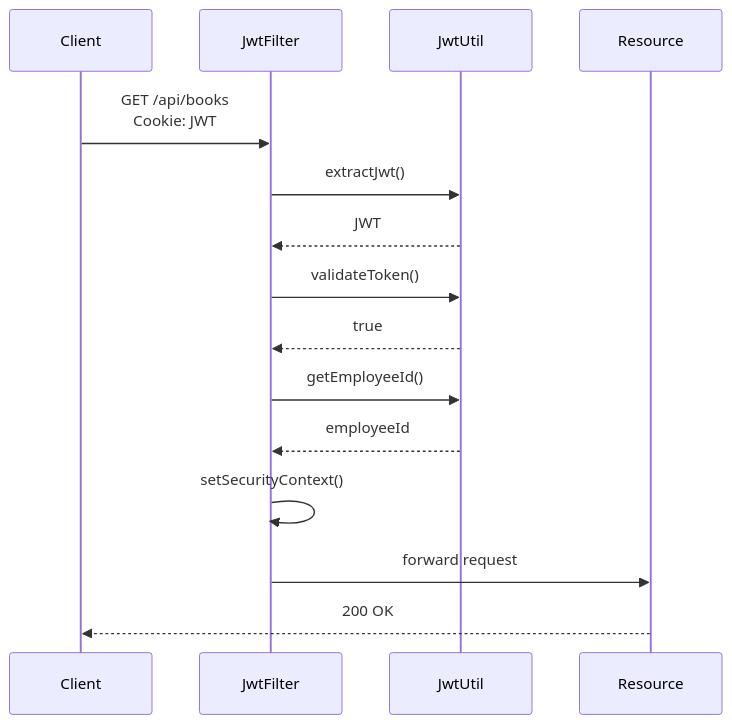
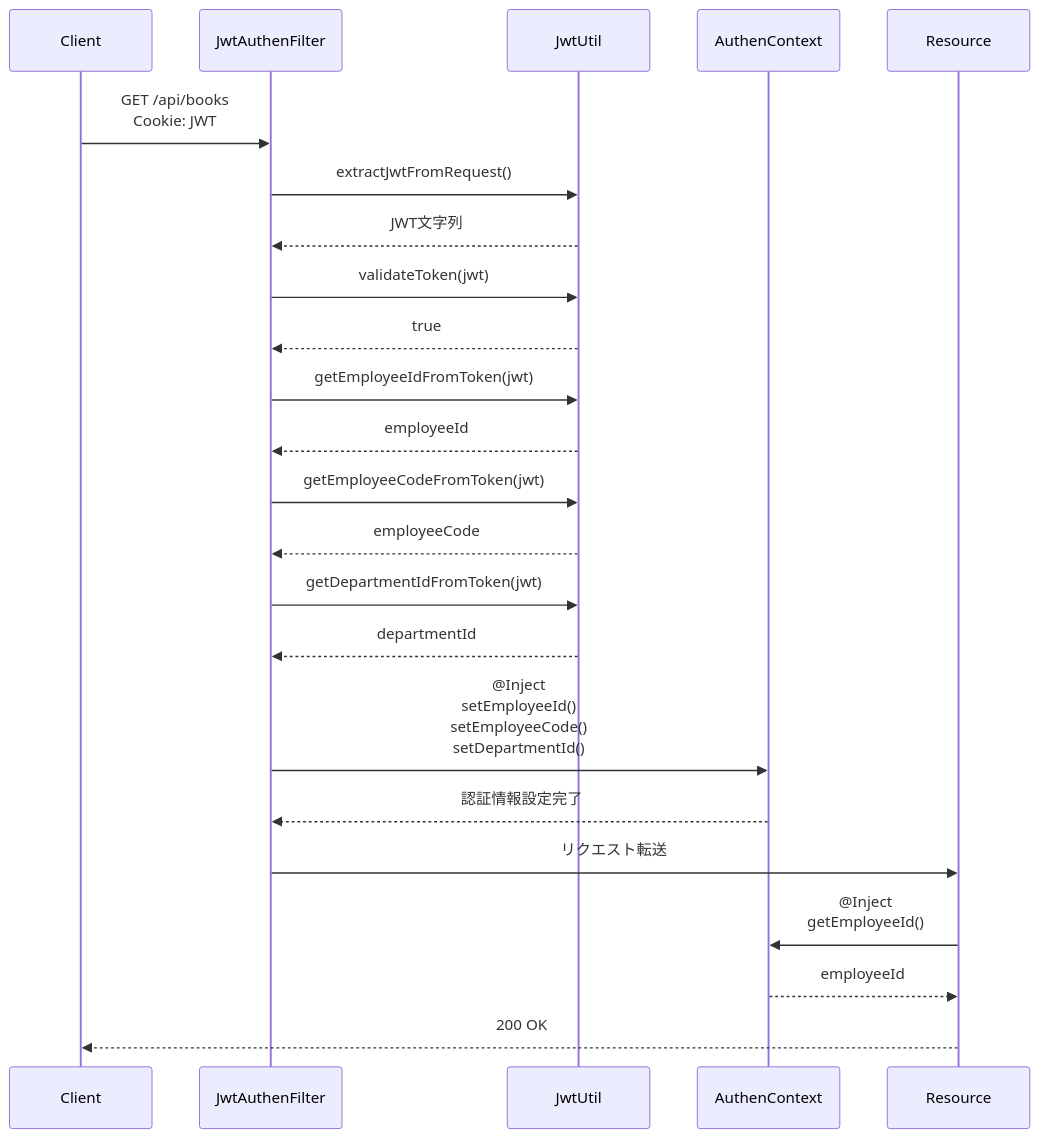
Diagram 11 of 12 in projects/sdd/bookstore/back-office-api-sdd/specs/baseline/api/API_001_auth/functional_design.md (KenyaSaitoh/ai_driven_dev_202601), drawn with Mermaid before and after one commit. The commit also changed other lines of this file and 52 other files, not shown here.

````diff
--- a/projects/sdd/bookstore/back-office-api-sdd/specs/baseline/api/API_001_auth/functional_design.md
+++ b/projects/sdd/bookstore/back-office-api-sdd/specs/baseline/api/API_001_auth/functional_design.md
@@ -627,18 +565,26 @@
 ```mermaid
 sequenceDiagram
     participant Client
-    participant JwtFilter
+    participant JwtAuthenFilter
     participant JwtUtil
+    participant AuthenContext
     participant Resource
 
-    Client->>JwtFilter: GET /api/books<br/>Cookie: JWT
-    JwtFilter->>JwtUtil: extractJwt()
-    JwtUtil-->>JwtFilter: JWT
-    JwtFilter->>JwtUtil: validateToken()
-    JwtUtil-->>JwtFilter: true
-    JwtFilter->>JwtUtil: getEmployeeId()
-    JwtUtil-->>JwtFilter: employeeId
-    JwtFilter->>JwtFilter: setSecurityContext()
-    JwtFilter->>Resource: forward request
+    Client->>JwtAuthenFilter: GET /api/books<br/>Cookie: JWT
+    JwtAuthenFilter->>JwtUtil: extractJwtFromRequest()
+    JwtUtil-->>JwtAuthenFilter: JWT文字列
+    JwtAuthenFilter->>JwtUtil: validateToken(jwt)
+    JwtUtil-->>JwtAuthenFilter: true
+    JwtAuthenFilter->>JwtUtil: getEmployeeIdFromToken(jwt)
+    JwtUtil-->>JwtAuthenFilter: employeeId
+    JwtAuthenFilter->>JwtUtil: getEmployeeCodeFromToken(jwt)
+    JwtUtil-->>JwtAuthenFilter: employeeCode
+    JwtAuthenFilter->>JwtUtil: getDepartmentIdFromToken(jwt)
+    JwtUtil-->>JwtAuthenFilter: departmentId
+    JwtAuthenFilter->>AuthenContext: @Inject<br/>setEmployeeId()<br/>setEmployeeCode()<br/>setDepartmentId()
+    AuthenContext-->>JwtAuthenFilter: 認証情報設定完了
+    JwtAuthenFilter->>Resource: リクエスト転送
+    Resource->>AuthenContext: @Inject<br/>getEmployeeId()
+    AuthenContext-->>Resource: employeeId
     Resource-->>Client: 200 OK
 ```
````
